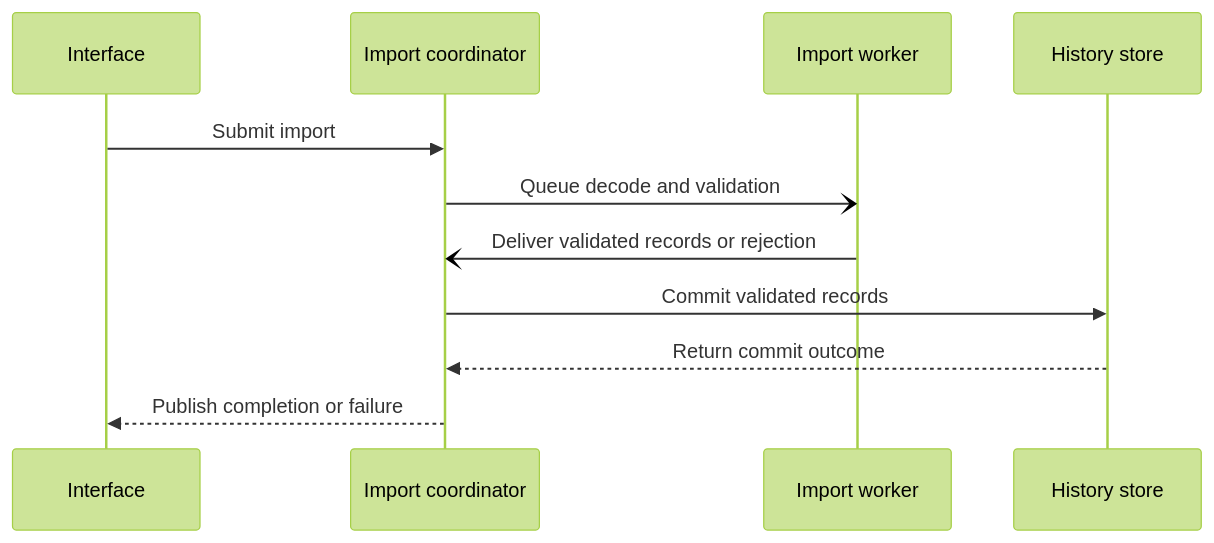
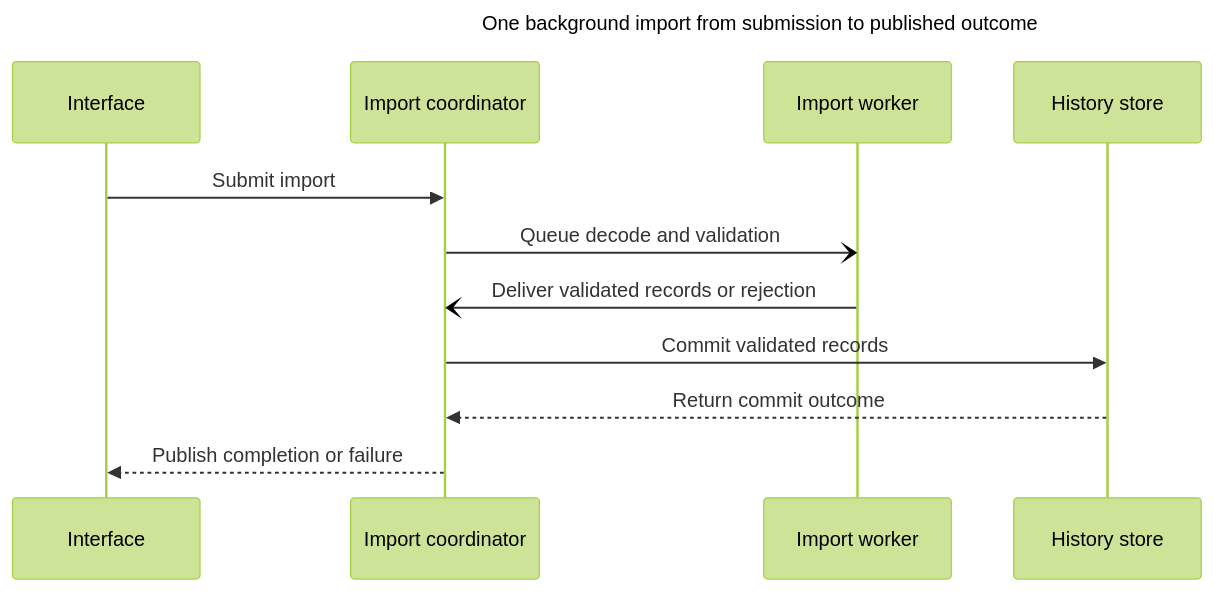
Before and after one commit to Leckatall/KovaaksStatisticsViewer: the fourth of 4 diagrams in docs/conventions/architecture-description/style/diagrams.md, drawn with Mermaid (forest theme). The commit also changed other lines of this file and 1 other file, not shown here.

Commit message:
docs: require diagram titles and notation-only keys

````diff
--- a/docs/conventions/architecture-description/style/diagrams.md
+++ b/docs/conventions/architecture-description/style/diagrams.md
@@ -188,15 +217,18 @@
 ```mermaid
+---
+title: One background import from submission to published outcome
+---
 sequenceDiagram
-    accTitle: Background import publication authority
+    accTitle: One background import from submission to published outcome
     accDescr: The interface submits an import, a worker computes the result, and only the coordinator asks the history store to commit it before reporting the outcome.
     participant UI as Interface
     participant C as Import coordinator
     participant W as Import worker
     participant S as History store
     UI->>C: Submit import
     C-)W: Queue decode and validation
     W-)C: Deliver validated records or rejection
     C->>S: Commit validated records
     S-->>C: Return commit outcome
     C-->>UI: Publish completion or failure
 ```
````
